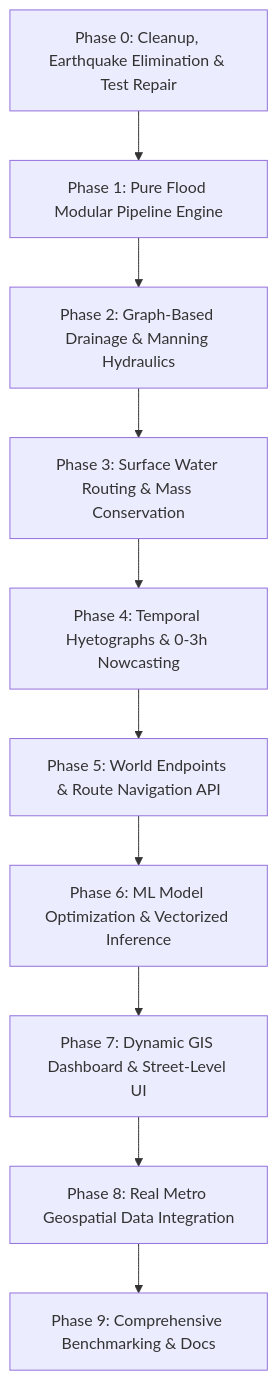
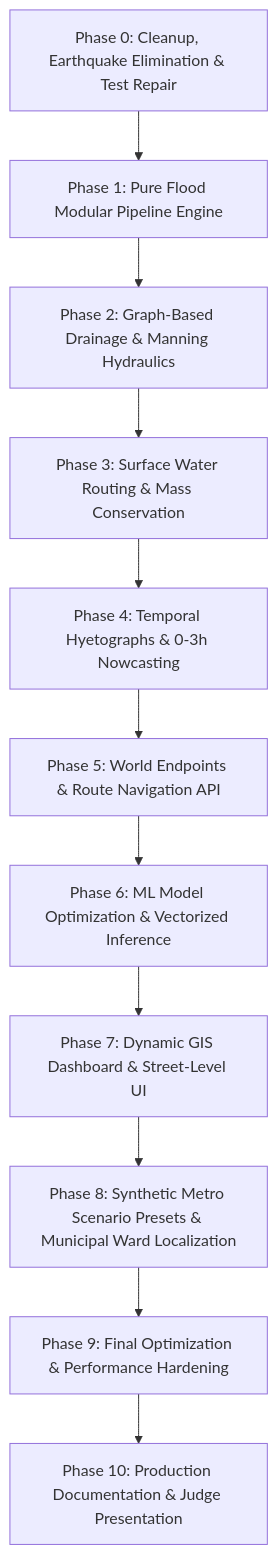
The diagram in optimisations.md (Harsh-wardhan-Singh/SATARK), drawn with Mermaid before and after one commit. The commit also changed other lines of this file and 10 other files, not shown here.

Commit message:
Synthetic Metro Scenario Presets & Municipal Ward Localization

````diff
--- a/optimisations.md
+++ b/optimisations.md
@@ -422,12 +422,13 @@
 ```mermaid
 flowchart TD
     P0[Phase 0: Cleanup, Earthquake Elimination & Test Repair] --> P1[Phase 1: Pure Flood Modular Pipeline Engine]
     P1 --> P2[Phase 2: Graph-Based Drainage & Manning Hydraulics]
     P2 --> P3[Phase 3: Surface Water Routing & Mass Conservation]
     P3 --> P4[Phase 4: Temporal Hyetographs & 0-3h Nowcasting]
     P4 --> P5[Phase 5: World Endpoints & Route Navigation API]
     P5 --> P6[Phase 6: ML Model Optimization & Vectorized Inference]
     P6 --> P7[Phase 7: Dynamic GIS Dashboard & Street-Level UI]
-    P7 --> P8[Phase 8: Real Metro Geospatial Data Integration]
-    P8 --> P9[Phase 9: Comprehensive Benchmarking & Docs]
+    P7 --> P8[Phase 8: Synthetic Metro Scenario Presets & Municipal Ward Localization]
+    P8 --> P9[Phase 9: Final Optimization & Performance Hardening]
+    P9 --> P10[Phase 10: Production Documentation & Judge Presentation]
 ```
````
